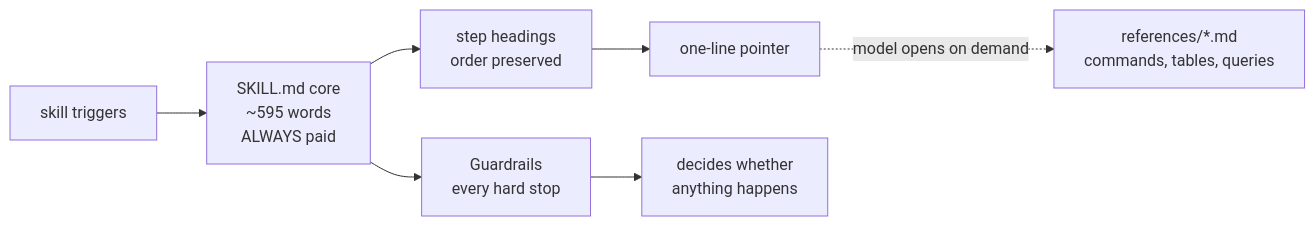
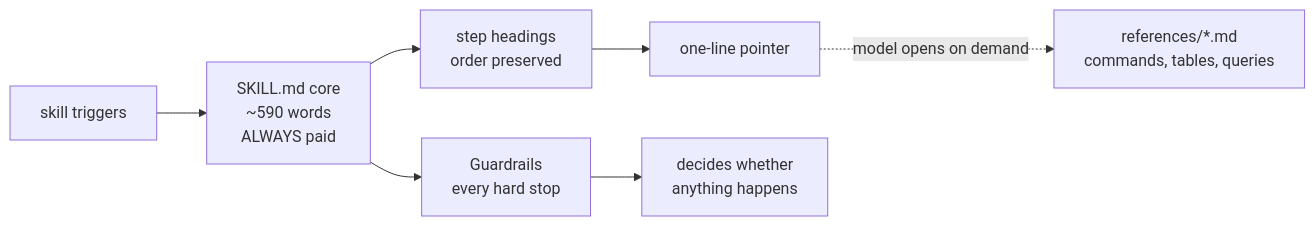
Before and after one commit to shawn-sandy/agentics: the diagram in docs/plans/sessions/split-git-social-skills-session.md, drawn with Mermaid. The commit also changed other lines of this file and 3 other files, not shown here.

````diff
--- a/docs/plans/sessions/split-git-social-skills-session.md
+++ b/docs/plans/sessions/split-git-social-skills-session.md
@@ -56,9 +57,9 @@
 ```mermaid
 flowchart LR
-  T[skill triggers] --> C[SKILL.md core<br/>~595 words<br/>ALWAYS paid]
+  T[skill triggers] --> C[SKILL.md core<br/>~590 words<br/>ALWAYS paid]
   C --> G[Guardrails<br/>every hard stop]
   C --> H[step headings<br/>order preserved]
   H --> P[one-line pointer]
   P -.model opens on demand.-> R[references/*.md<br/>commands, tables, queries]
   G --> X[decides whether<br/>anything happens]
 ```
````
